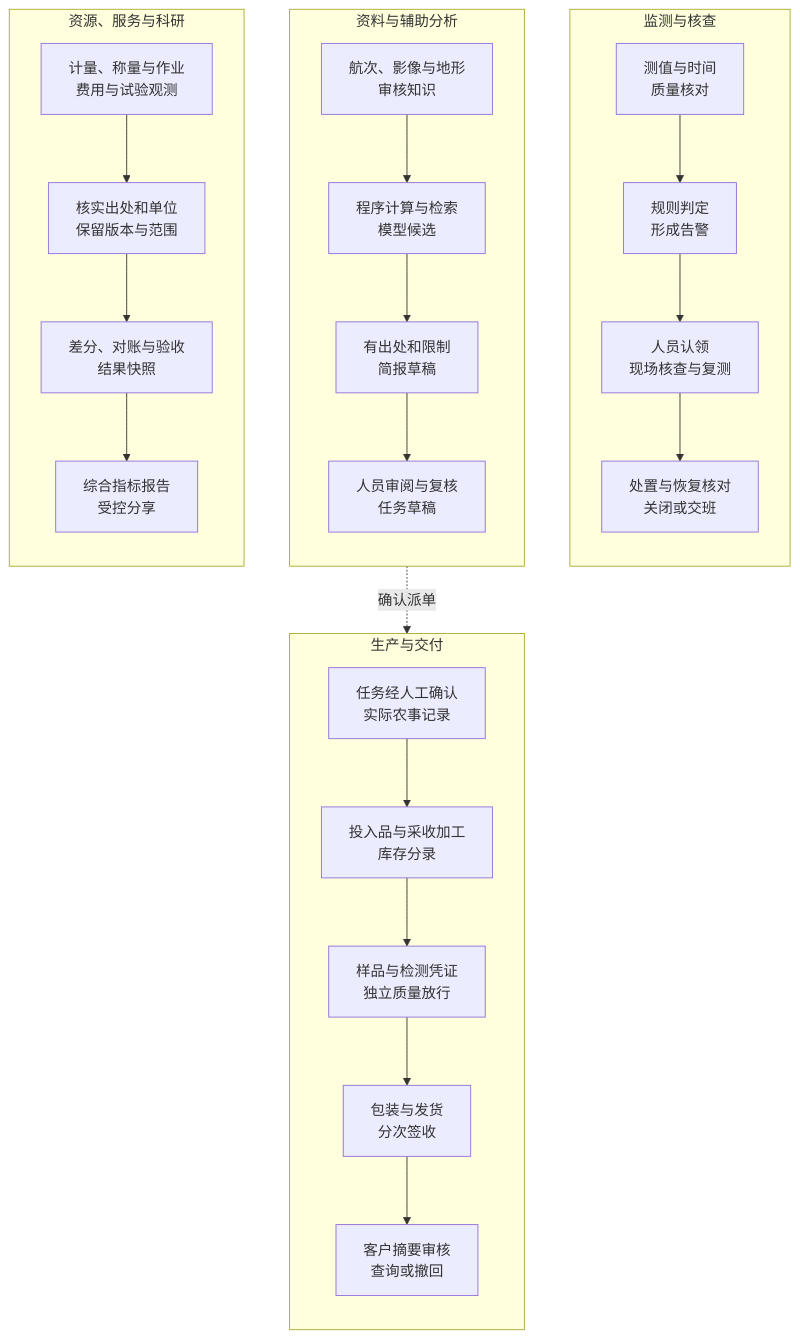
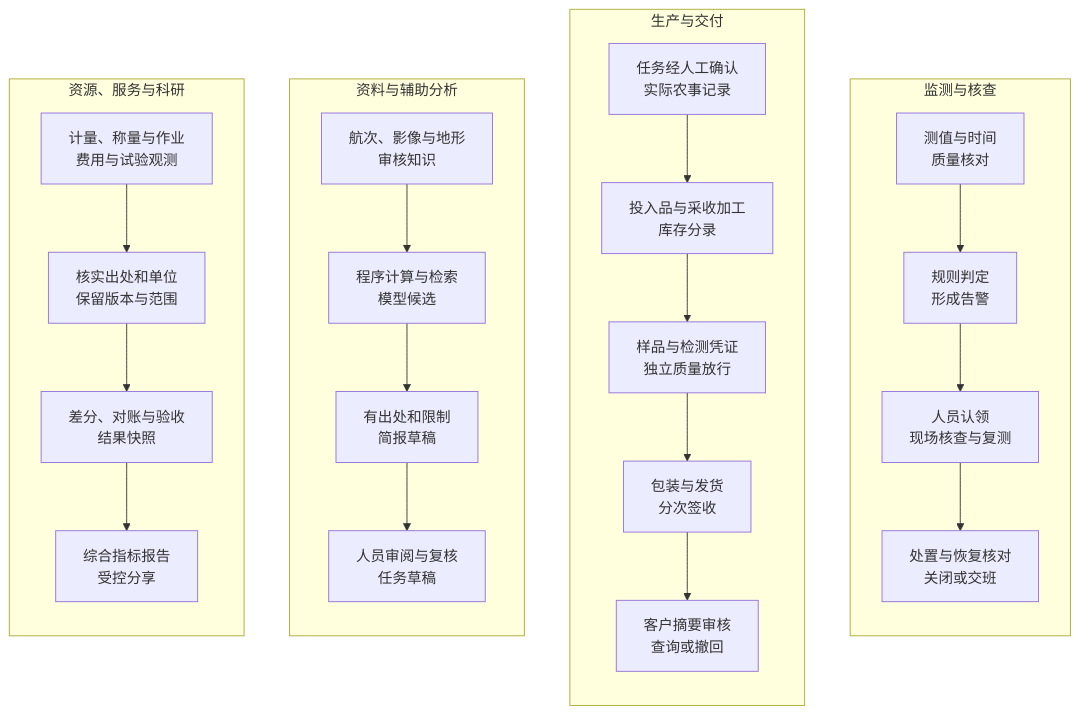
One commit to 8jdkds7nzz-hub/liangzihu-farm-platform changed the second of 2 diagrams in README.md. Above: the diagram before and after it, drawn with Mermaid. The commit also changed other lines of this file, not shown here.

````diff
--- a/README.md
+++ b/README.md
@@ -78,29 +78,28 @@
 ```mermaid
 flowchart TB
     subgraph MONITOR["监测与核查"]
         direction TB
         M1["测值与时间<br/>质量核对"] --> M2["规则判定<br/>形成告警"]
         M2 --> M3["人员认领<br/>现场核查与复测"]
         M3 --> M4["处置与恢复核对<br/>关闭或交班"]
     end
     subgraph PRODUCTION["生产与交付"]
         direction TB
         P1["任务经人工确认<br/>实际农事记录"] --> P2["投入品与采收加工<br/>库存分录"]
         P2 --> P3["样品与检测凭证<br/>独立质量放行"]
         P3 --> P4["包装与发货<br/>分次签收"]
         P4 --> P5["客户摘要审核<br/>查询或撤回"]
     end
     subgraph ANALYSIS["资料与辅助分析"]
         direction TB
         A1["航次、影像与地形<br/>审核知识"] --> A2["程序计算与检索<br/>模型候选"]
         A2 --> A3["有出处和限制<br/>简报草稿"]
         A3 --> A4["人员审阅与复核<br/>任务草稿"]
     end
     subgraph MANAGEMENT["资源、服务与科研"]
         direction TB
         R1["计量、称量与作业<br/>费用与试验观测"] --> R2["核实出处和单位<br/>保留版本与范围"]
         R2 --> R3["差分、对账与验收<br/>结果快照"]
         R3 --> R4["综合指标报告<br/>受控分享"]
     end
-    A4 -. 确认派单 .-> P1
 ```
````
